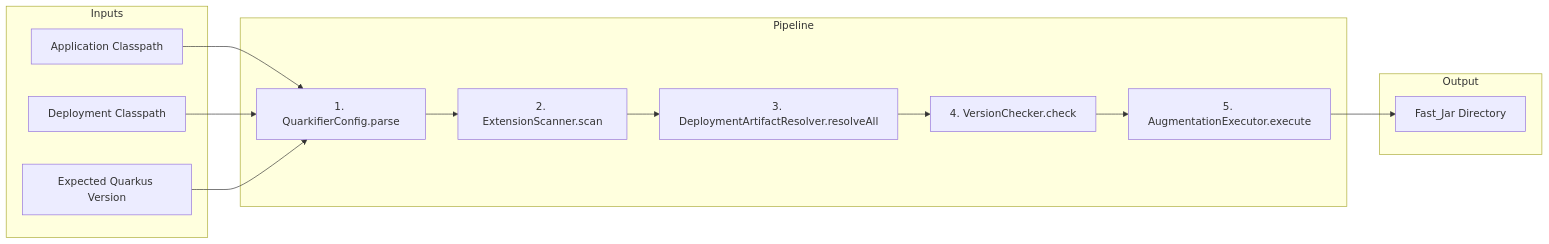
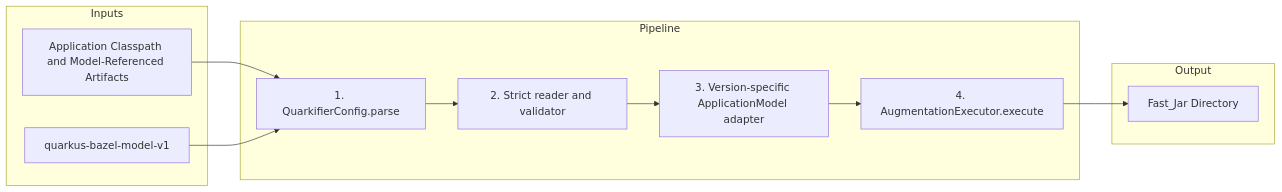
The diagram in docs/quarkifier.md (clementguillot/rules_quarkus), drawn with Mermaid before and after one commit. The commit also changed other lines of this file and 90 other files, not shown here.

Commit message:
feat: replace inferred `ApplicationModel` with explicit Bazel dependency graph

````diff
--- a/docs/quarkifier.md
+++ b/docs/quarkifier.md
@@ -182,29 +182,25 @@
 ```mermaid
 graph LR
     subgraph Inputs
-        AC[Application Classpath]
-        DC[Deployment Classpath]
-        VER[Expected Quarkus Version]
+        MODEL[quarkus-bazel-model-v1]
+        AC[Application Classpath and Model-Referenced Artifacts]
     end
 
     subgraph Pipeline
         PARSE[1. QuarkifierConfig.parse]
-        SCAN[2. ExtensionScanner.scan]
-        RESOLVE[3. DeploymentArtifactResolver.resolveAll]
-        VCHECK[4. VersionChecker.check]
-        EXEC[5. AugmentationExecutor.execute]
+        READ[2. Strict reader and validator]
+        ADAPT[3. Version-specific ApplicationModel adapter]
+        EXEC[4. AugmentationExecutor.execute]
     end
 
     subgraph Output
         FJ[Fast_Jar Directory]
     end
 
     AC --> PARSE
-    DC --> PARSE
-    VER --> PARSE
-    PARSE --> SCAN
-    SCAN --> RESOLVE
-    RESOLVE --> VCHECK
-    VCHECK --> EXEC
+    MODEL --> PARSE
+    PARSE --> READ
+    READ --> ADAPT
+    ADAPT --> EXEC
     EXEC --> FJ
 ```
````
